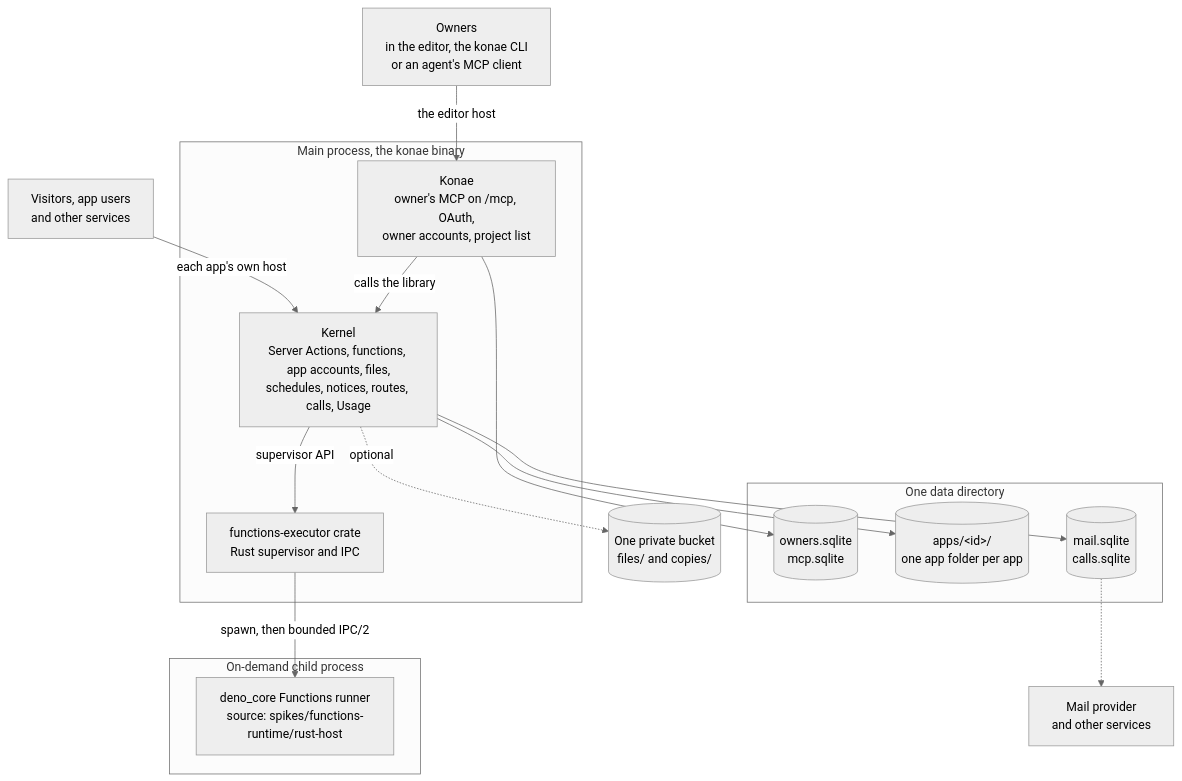
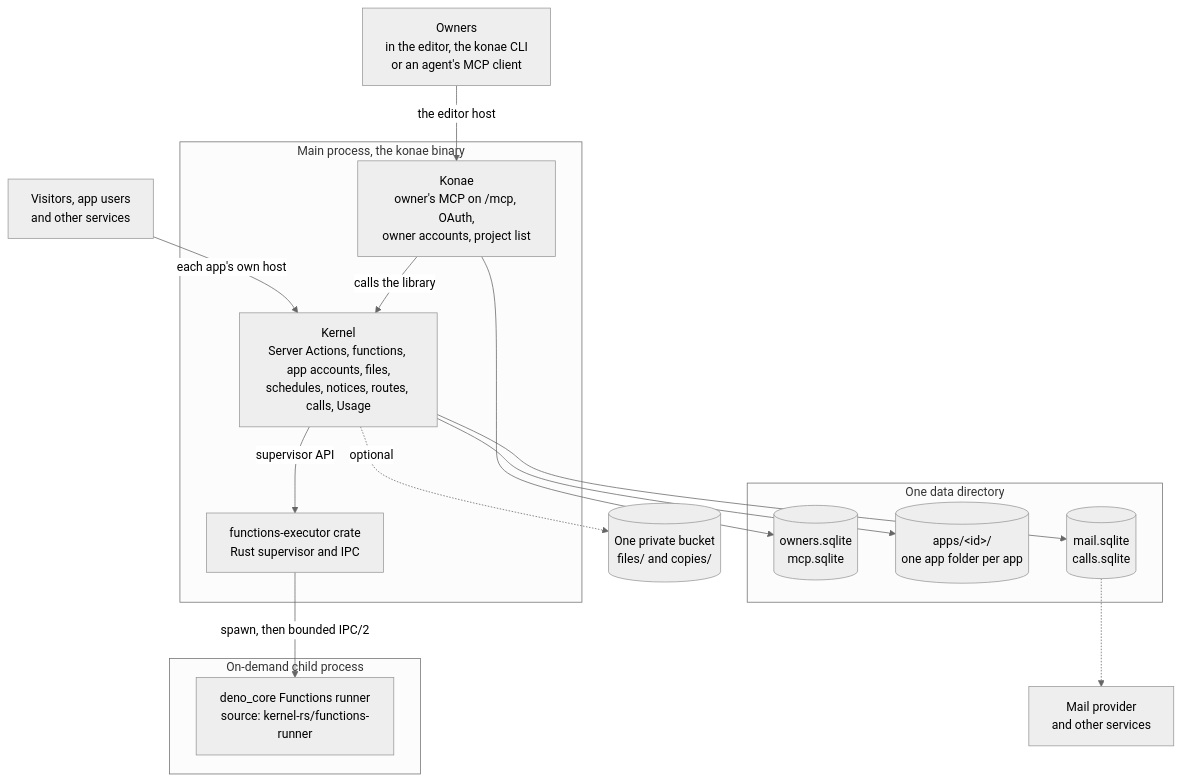
Before and after one commit to danibram/konae: the first of 3 diagrams in docs/architecture.md, drawn with Mermaid (neutral theme). The commit also changed other lines of this file and 12 other files, not shown here.

````diff
--- a/docs/architecture.md
+++ b/docs/architecture.md
@@ -11,28 +11,28 @@
 ```mermaid
 flowchart TB
   OWN["Owners<br/>in the editor, the konae CLI<br/>or an agent's MCP client"]
   RUN["Visitors, app users<br/>and other services"]
   subgraph process["Main process, the konae binary"]
     KO["Konae<br/>owner's MCP on /mcp, OAuth,<br/>owner accounts, project list"]
     KE["Kernel<br/>Server Actions, functions, app accounts, files,<br/>schedules, notices, routes, calls, Usage"]
     FX["functions-executor crate<br/>Rust supervisor and IPC"]
   end
   subgraph child["On-demand child process"]
-    RUNNER["deno_core Functions runner<br/>source: spikes/functions-runtime/rust-host"]
+    RUNNER["deno_core Functions runner<br/>source: kernel-rs/functions-runner"]
   end
   OWN -->|"the editor host"| KO
   RUN -->|"each app's own host"| KE
   KO -->|"calls the library"| KE
   KE -->|"supervisor API"| FX
   FX -->|"spawn, then bounded IPC/2"| RUNNER
   subgraph data["One data directory"]
     OWNERS[("owners.sqlite<br/>mcp.sqlite")]
     APPS[("apps/#lt;id#gt;/<br/>one app folder per app")]
     QUEUES[("mail.sqlite<br/>calls.sqlite")]
   end
   KO --> OWNERS
   KE --> APPS
   KE --> QUEUES
   KE -.->|"optional"| BUCKET[("One private bucket<br/>files/ and copies/")]
   QUEUES -.-> OUT["Mail provider<br/>and other services"]
 ```
````
